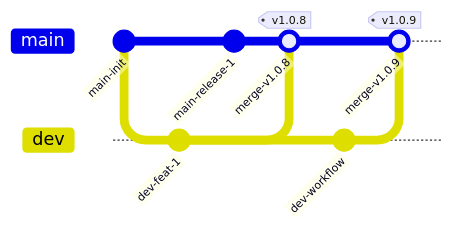
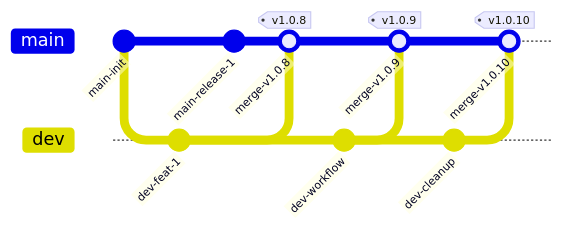
Before and after one commit to 6jbw6/Gomoku: the first of 2 diagrams in OPERATIONS.md, drawn with Mermaid. The commit also changed other lines of this file and 1 other file, not shown here.

````diff
--- a/OPERATIONS.md
+++ b/OPERATIONS.md
@@ -204,14 +228,18 @@
 ```mermaid
 gitGraph
     commit id: "main-init"
     branch dev
     checkout dev
     commit id: "dev-feat-1"
     checkout main
     commit id: "main-release-1"
     merge dev id: "merge-v1.0.8" tag: "v1.0.8"
     checkout dev
     commit id: "dev-workflow"
     checkout main
     merge dev id: "merge-v1.0.9" tag: "v1.0.9"
+    checkout dev
+    commit id: "dev-cleanup"
+    checkout main
+    merge dev id: "merge-v1.0.10" tag: "v1.0.10"
 ```
````
